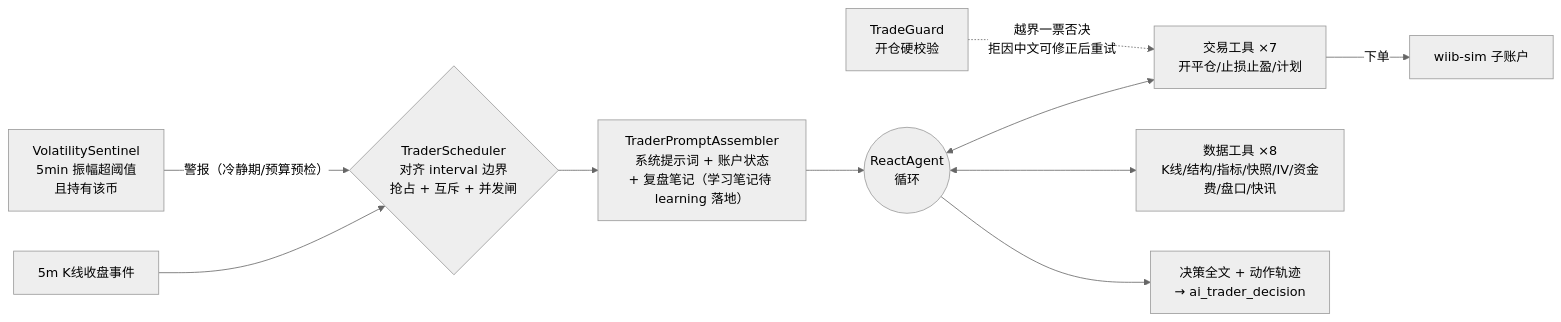
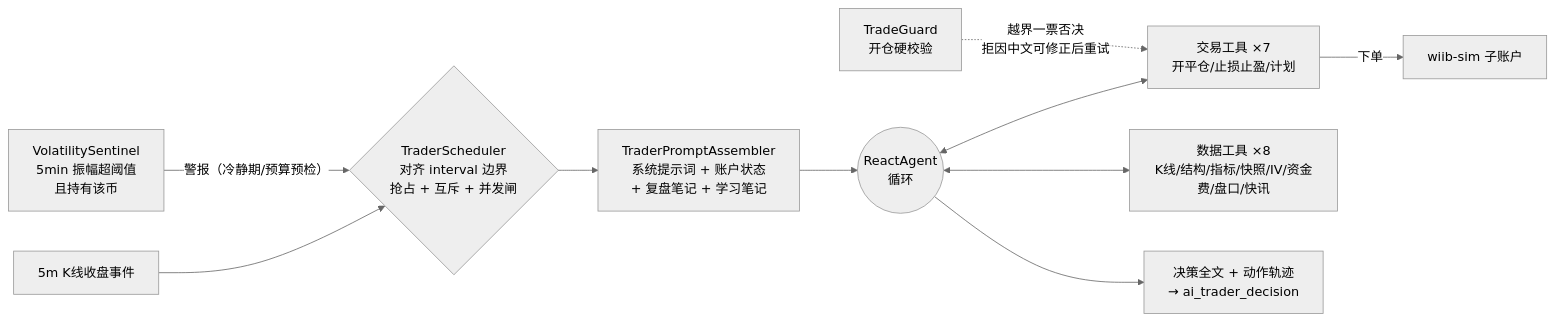
The third of 7 diagrams in README.md (mamawai/wiib), drawn with Mermaid (neutral theme) before and after one commit. The commit also changed other lines of this file and 1 other file, not shown here.

Commit message:
docs: README agent harness 节对齐现状——learning 落地/chat 去图化/三阶段交接/指纹含 userId；删 wiib-sim 过时 LLM 注释

````diff
--- a/README.md
+++ b/README.md
@@ -232,12 +232,12 @@
 ```mermaid
 flowchart LR
     CLK["5m K线收盘事件"] --> SCH{"TraderScheduler<br/>对齐 interval 边界<br/>抢占 + 互斥 + 并发闸"}
     SEN["VolatilitySentinel<br/>5min 振幅超阈值<br/>且持有该币"] -->|"警报（冷静期/预算预检）"| SCH
-    SCH --> PA["TraderPromptAssembler<br/>系统提示词 + 账户状态<br/>+ 复盘笔记（学习笔记待 learning 落地）"]
+    SCH --> PA["TraderPromptAssembler<br/>系统提示词 + 账户状态<br/>+ 复盘笔记 + 学习笔记"]
     PA --> RA(("ReactAgent<br/>循环"))
     RA <--> T1["交易工具 ×7<br/>开平仓/止损止盈/计划"]
     RA <--> T2["数据工具 ×8<br/>K线/结构/指标/快照/IV/资金费/盘口/快讯"]
     RA --> OUT["决策全文 + 动作轨迹<br/>→ ai_trader_decision"]
     GUARD["TradeGuard<br/>开仓硬校验"] -.->|"越界一票否决<br/>拒因中文可修正后重试"| T1
     T1 -->|"下单"| SIMX["wiib-sim 子账户"]
 ```
````
